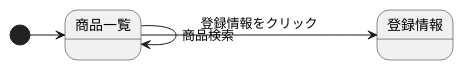
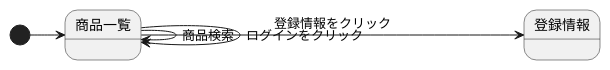
One commit to Aso2001195/2021sys-design changed the diagram in kadai7.md. Above: the diagram before and after it, drawn with PlantUML.

````diff
--- a/kadai7.md
+++ b/kadai7.md
@@ -1,7 +1,8 @@
 ```uml
 @startuml
 [*] -> 商品一覧
 商品一覧 -> 商品一覧 :商品検索
+商品一覧 -> 商品一覧 :ログインをクリック
 商品一覧 -> 登録情報: 登録情報をクリック
 @enduml
 ```
````
